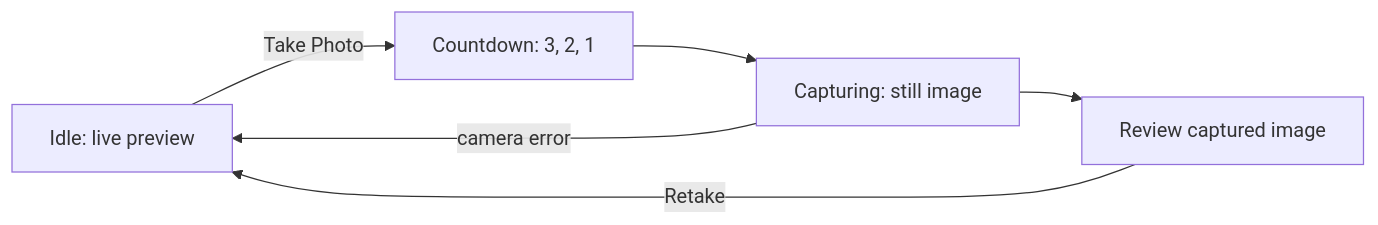
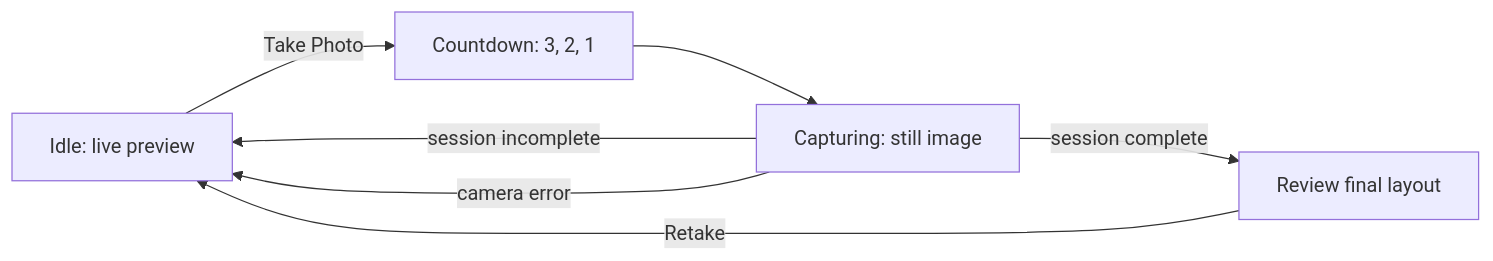
One commit to djr8nch/piprints changed the second of 2 diagrams in docs/architecture/overview.md. Above: the diagram before and after it, drawn with Mermaid. The commit also changed other lines of this file and 32 other files, not shown here.

````diff
--- a/docs/architecture/overview.md
+++ b/docs/architecture/overview.md
@@ -86,8 +109,9 @@
 ```mermaid
 flowchart LR
     Idle["Idle: live preview"] -->|Take Photo| Countdown["Countdown: 3, 2, 1"]
     Countdown --> Capturing["Capturing: still image"]
-    Capturing --> Review["Review captured image"]
+    Capturing -->|session incomplete| Idle
+    Capturing -->|session complete| Review["Review final layout"]
     Review -->|Retake| Idle
     Capturing -->|camera error| Idle
 ```
````
